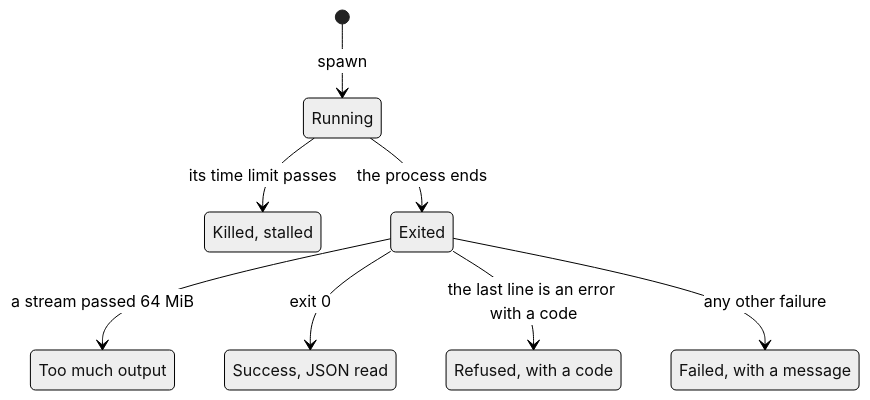
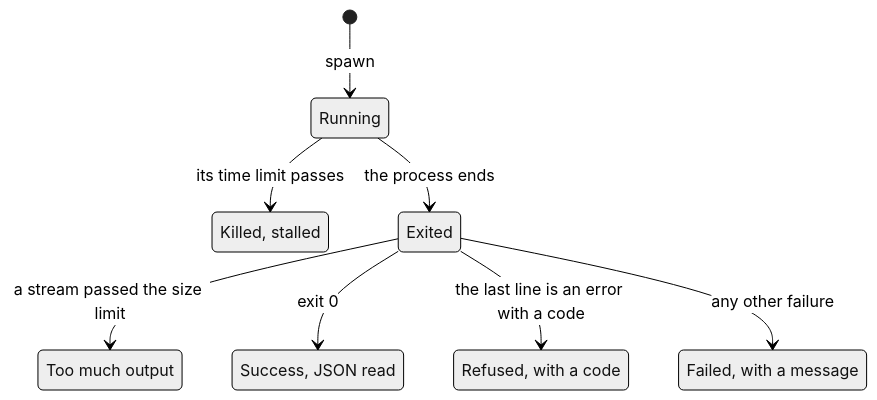
The eighth of 8 diagrams in docs/providers/boat.md (NextNodeSolutions/workspace), drawn with Mermaid (neutral theme) before and after one commit. The commit also changed other lines of this file and 4 other files, not shown here.

````diff
--- a/docs/providers/boat.md
+++ b/docs/providers/boat.md
@@ -213,18 +202,18 @@
 ```mermaid
 stateDiagram-v2
     state "Running" as Running
     state "Killed, stalled" as Stalled
     state "Exited" as Exited
     state "Too much output" as TooMuch
     state "Success, JSON read" as Success
     state "Refused, with a code" as Refused
     state "Failed, with a message" as Failed
 
     [*] --> Running: spawn
     Running --> Exited: the process ends
     Running --> Stalled: its time limit passes
-    Exited --> TooMuch: a stream passed 64 MiB
+    Exited --> TooMuch: a stream passed the size limit
     Exited --> Success: exit 0
     Exited --> Refused: the last line is an error with a code
     Exited --> Failed: any other failure
 ```
````
